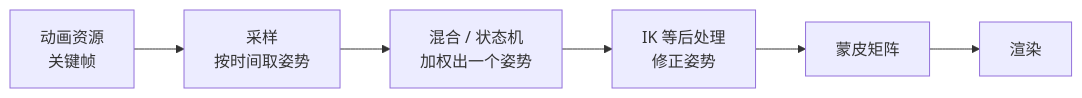
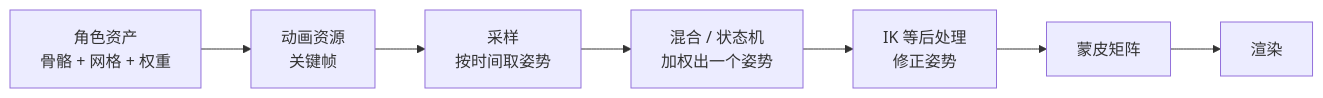
Before and after one commit to asxiuxiu/asxiuxiu_obsidian_repo: the diagram in Notes/动画系统/索引.md, drawn with Mermaid. The commit also changed other lines of this file and 30 other files, not shown here.

````diff
--- a/Notes/动画系统/索引.md
+++ b/Notes/动画系统/索引.md
@@ -35,8 +35,9 @@
 ```mermaid
 graph LR
-    A[动画资源<br>关键帧] --> B[采样<br>按时间取姿势]
-    B --> C[混合 / 状态机<br>加权出一个姿势]
-    C --> D[IK 等后处理<br>修正姿势]
-    D --> E[蒙皮矩阵]
-    E --> F[渲染]
+    A[角色资产<br>骨骼 + 网格 + 权重] --> B[动画资源<br>关键帧]
+    B --> C[采样<br>按时间取姿势]
+    C --> D[混合 / 状态机<br>加权出一个姿势]
+    D --> E[IK 等后处理<br>修正姿势]
+    E --> F[蒙皮矩阵]
+    F --> G[渲染]
 ```
````
